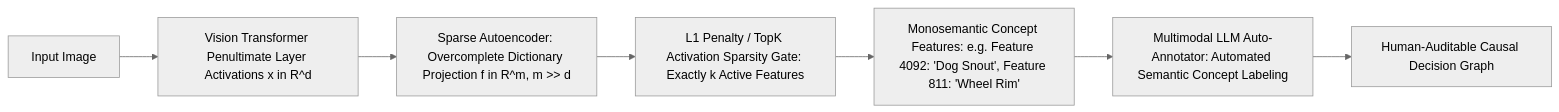
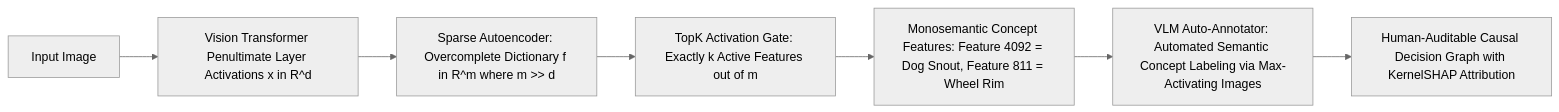
One commit to sergiomh499/cv-projects changed the diagram in topics/explainability-and-interpretability/03-sparse-autoencoders-and-open-problems.md. Above: the diagram before and after it, drawn with Mermaid (neutral theme). The commit also changed other lines of this file and 51 other files, not shown here.

````diff
--- a/topics/explainability-and-interpretability/03-sparse-autoencoders-and-open-problems.md
+++ b/topics/explainability-and-interpretability/03-sparse-autoencoders-and-open-problems.md
@@ -27,10 +27,9 @@
 ```mermaid
 flowchart LR
     Input["Input Image"] --> ViT["Vision Transformer Penultimate Layer Activations x in R^d"]
-    ViT --> SAE["Sparse Autoencoder: Overcomplete Dictionary Projection f in R^m, m >> d"]
-    SAE --> Sparsity["L1 Penalty / TopK Activation Sparsity Gate: Exactly k Active Features"]
-    Sparsity --> Monosemantic["Monosemantic Concept Features: e.g. Feature 4092: 'Dog Snout', Feature 811: 'Wheel Rim'"]
-    Monosemantic --> LLM["Multimodal LLM Auto-Annotator: Automated Semantic Concept Labeling"]
-    LLM --> VerifiedAudit["Human-Auditable Causal Decision Graph"]
-
+    ViT --> SAE["Sparse Autoencoder: Overcomplete Dictionary f in R^m where m >> d"]
+    SAE --> Sparsity["TopK Activation Gate: Exactly k Active Features out of m"]
+    Sparsity --> Monosemantic["Monosemantic Concept Features: Feature 4092 = Dog Snout, Feature 811 = Wheel Rim"]
+    Monosemantic --> LLM["VLM Auto-Annotator: Automated Semantic Concept Labeling via Max-Activating Images"]
+    LLM --> VerifiedAudit["Human-Auditable Causal Decision Graph with KernelSHAP Attribution"]
 ```
````
